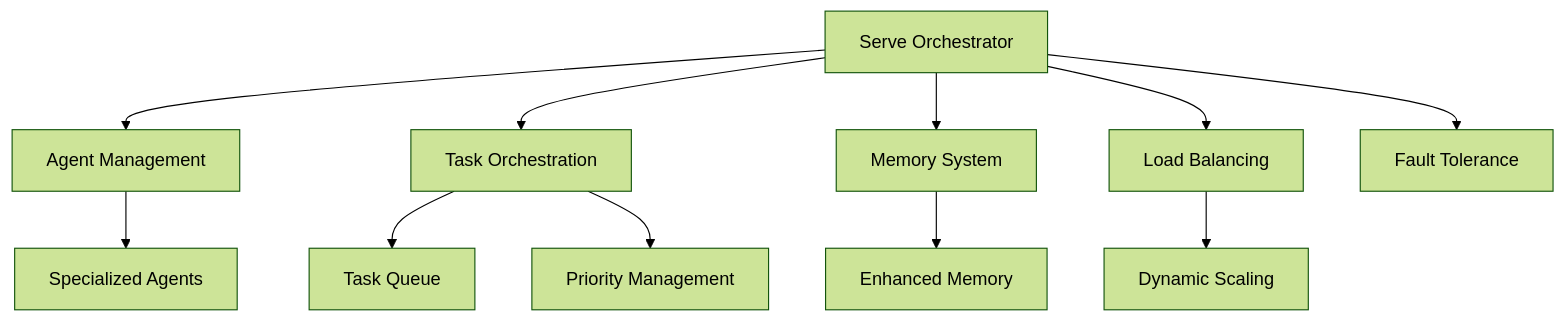
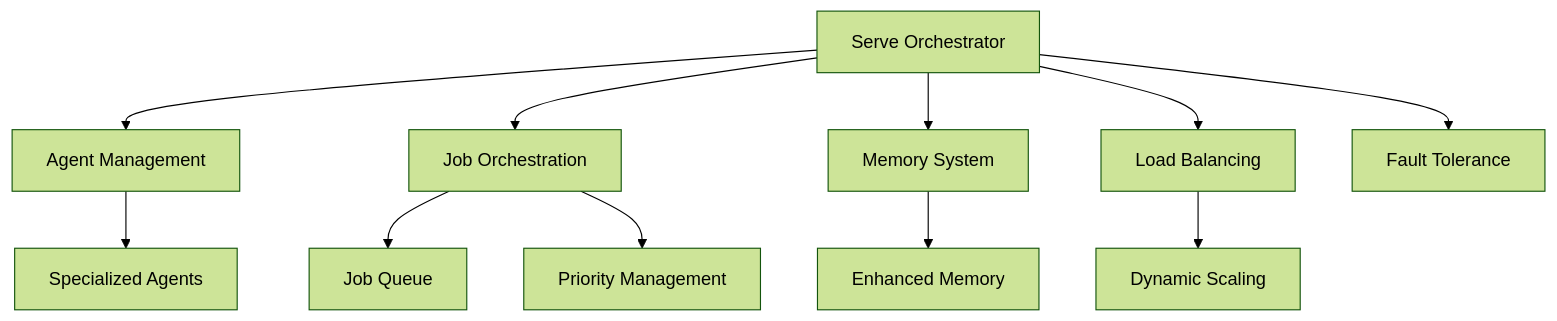
Before and after one commit to pilottai/pilottai: the diagram in docs/index.mdx, drawn with Mermaid (forest theme). The commit also changed other lines of this file and 69 other files, not shown here.

````diff
--- a/docs/index.mdx
+++ b/docs/index.mdx
@@ -181,14 +181,14 @@
 ```mermaid
 graph TD
     A[Serve Orchestrator] --> B[Agent Management]
-    A --> C[Task Orchestration]
+    A --> C[Job Orchestration]
     A --> D[Memory System]
     A --> E[Load Balancing]
     A --> F[Fault Tolerance]
 
     B --> G[Specialized Agents]
-    C --> H[Task Queue]
+    C --> H[Job Queue]
     C --> I[Priority Management]
     D --> J[Enhanced Memory]
     E --> K[Dynamic Scaling]
 ```
````
